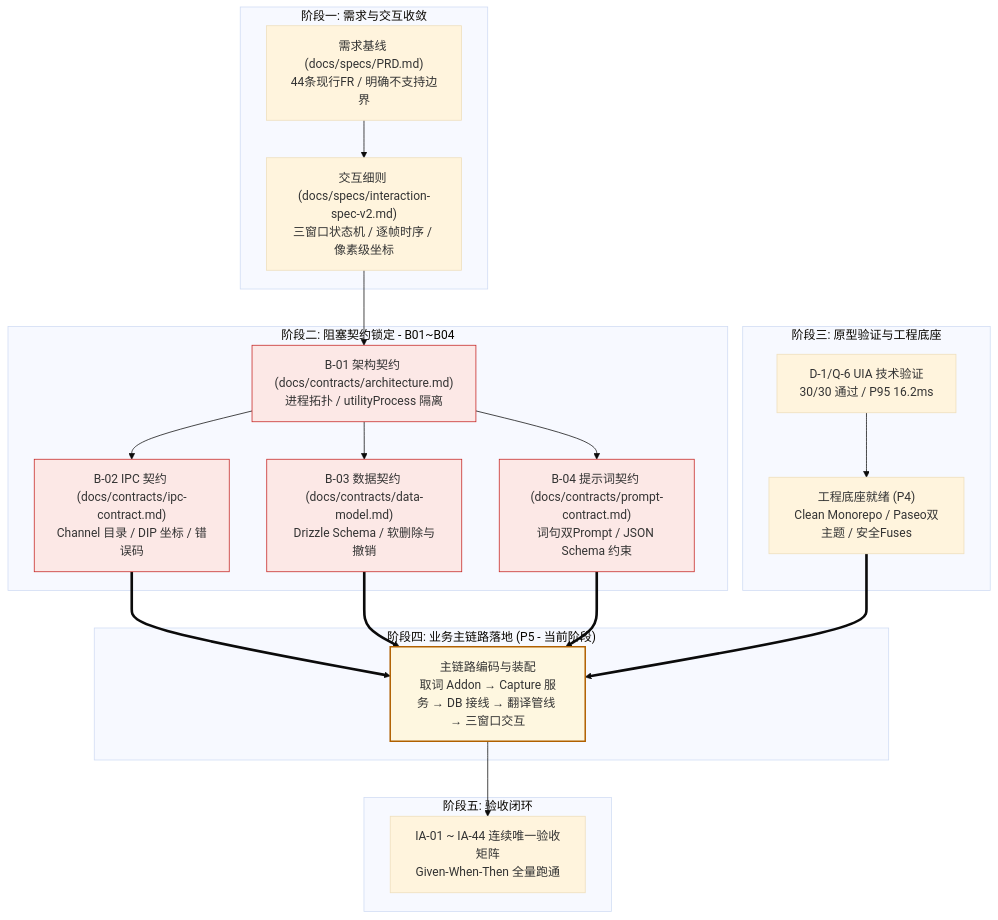
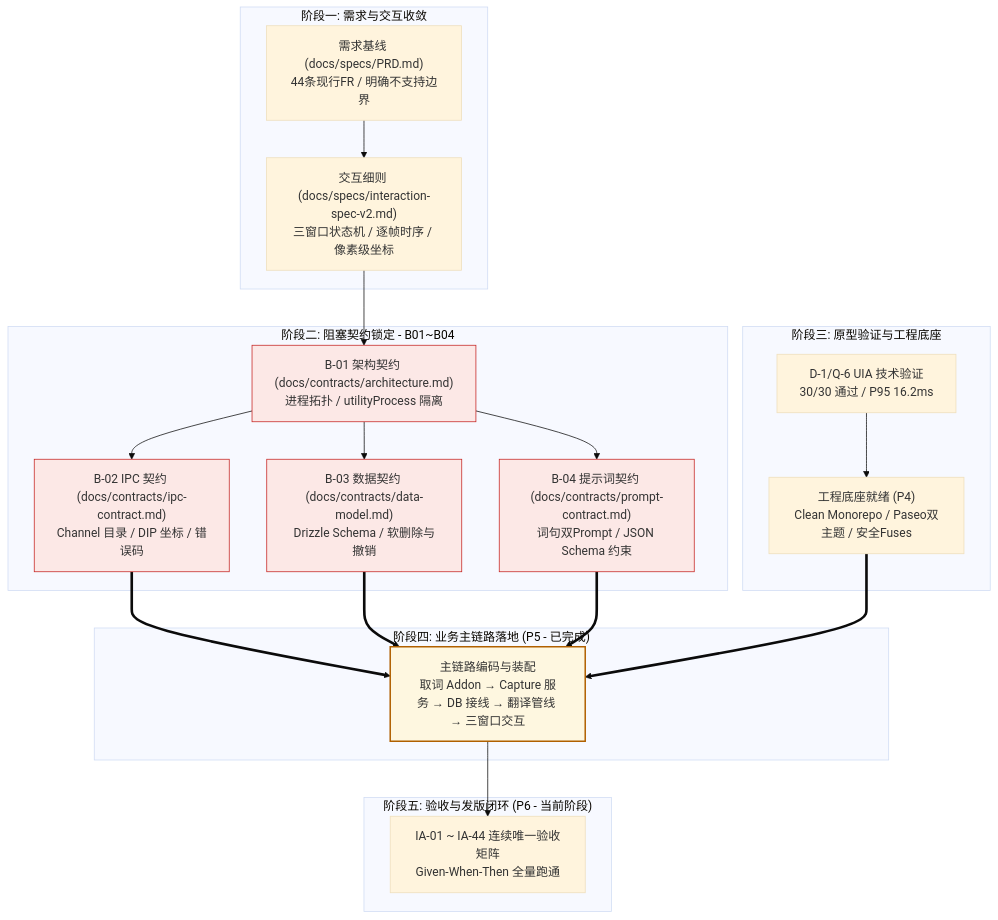
One commit to BanShan-Alec/Snapword changed the first of 2 diagrams in docs/README.md. Above: the diagram before and after it, drawn with Mermaid (base theme). The commit also changed 1 other file, not shown here.

Commit message:
docs: 更新软件开发进度看板至 P5 闭环与 P6 发版阶段
- docs/progress-checklist.md: 更新现状、阶段定位表（P5 100% 完成度，全项目 85%）与核心里程碑完成状态

- docs/README.md: 更新阶段演进图，标志主链路落地进入发版闭环阶段

````diff
--- a/docs/README.md
+++ b/docs/README.md
@@ -11,31 +11,31 @@
 ```mermaid
 flowchart TD
     subgraph S1 ["阶段一: 需求与交互收敛"]
         PRD["需求基线 (docs/specs/PRD.md)<br/>44条现行FR / 明确不支持边界"] --> Spec["交互细则 (docs/specs/interaction-spec-v2.md)<br/>三窗口状态机 / 逐帧时序 / 像素级坐标"]
     end
 
     subgraph S2 ["阶段二: 阻塞契约锁定 - B01~B04"]
         Spec --> B01["B-01 架构契约 (docs/contracts/architecture.md)<br/>进程拓扑 / utilityProcess 隔离"]
         B01 --> B02["B-02 IPC 契约 (docs/contracts/ipc-contract.md)<br/>Channel 目录 / DIP 坐标 / 错误码"]
         B01 --> B03["B-03 数据契约 (docs/contracts/data-model.md)<br/>Drizzle Schema / 软删除与撤销"]
         B01 --> B04["B-04 提示词契约 (docs/contracts/prompt-contract.md)<br/>词句双Prompt / JSON Schema 约束"]
     end
 
     subgraph S3 ["阶段三: 原型验证与工程底座"]
         D1["D-1/Q-6 UIA 技术验证<br/>30/30 通过 / P95 16.2ms"] --> Base["工程底座就绪 (P4)<br/>Clean Monorepo / Paseo双主题 / 安全Fuses"]
     end
 
-    subgraph S4 ["阶段四: 业务主链路落地 (P5 - 当前阶段)"]
+    subgraph S4 ["阶段四: 业务主链路落地 (P5 - 已完成)"]
         B02 & B03 & B04 & Base ==> Code["主链路编码与装配<br/>取词 Addon → Capture 服务 → DB 接线 → 翻译管线 → 三窗口交互"]
     end
 
-    subgraph S5 ["阶段五: 验收闭环"]
+    subgraph S5 ["阶段五: 验收与发版闭环 (P6 - 当前阶段)"]
         Code --> IA["IA-01 ~ IA-44 连续唯一验收矩阵<br/>Given-When-Then 全量跑通"]
     end
 
     style B01 fill:#fce8e6,stroke:#c5221f
     style B02 fill:#fce8e6,stroke:#c5221f
     style B03 fill:#fce8e6,stroke:#c5221f
     style B04 fill:#fce8e6,stroke:#c5221f
     style Code fill:#fef7e0,stroke:#b06000,stroke-width:2px
 ```
````
